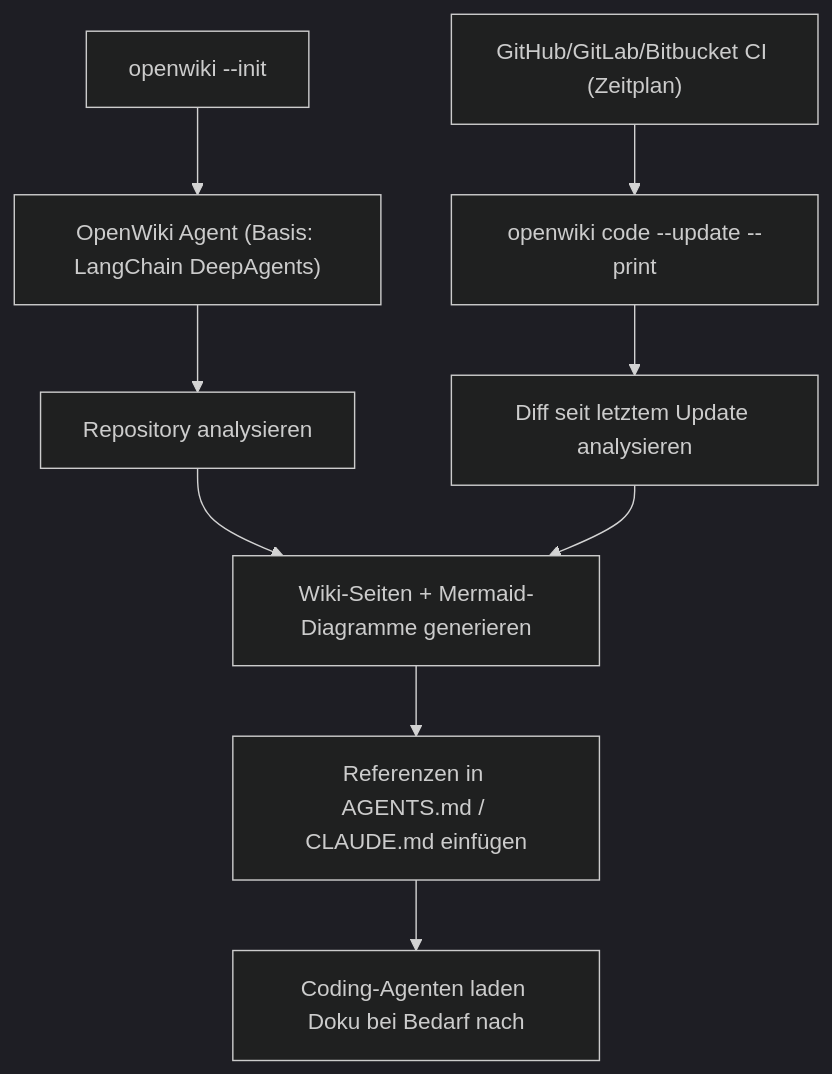
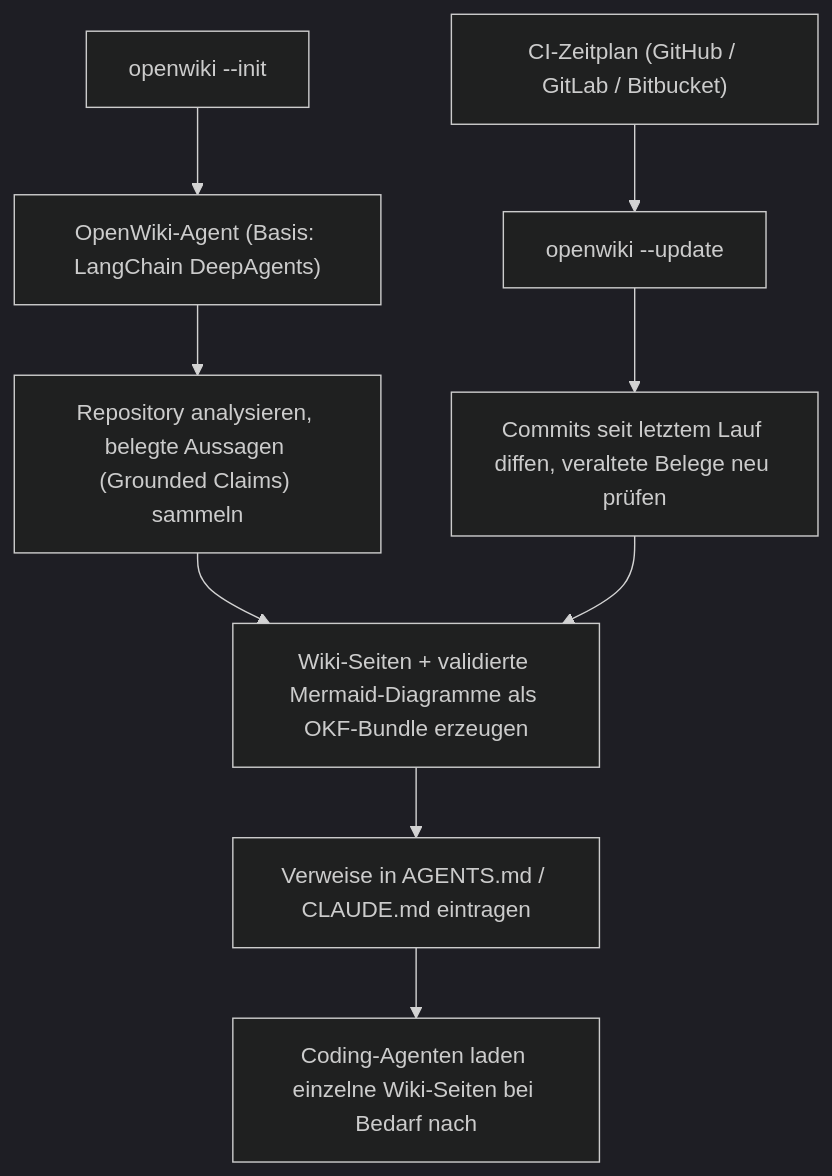
The diagram in docs/wissen/dokumentation/openwiki-repo-dokumentation-agent.md (thorstenkloehn/dokument), drawn with Mermaid (dark theme) before and after one commit. The commit also changed other lines of this file, not shown here.

First line of the commit message:
docs: OpenWiki-Artikel vervollständigen und aktualisieren

````diff
--- a/docs/wissen/dokumentation/openwiki-repo-dokumentation-agent.md
+++ b/docs/wissen/dokumentation/openwiki-repo-dokumentation-agent.md
@@ -14,11 +14,11 @@
 ```mermaid
 graph TD
-    Init["openwiki --init"] --> Agent["OpenWiki Agent (Basis: LangChain DeepAgents)"]
-    Agent --> Scan["Repository analysieren"]
-    Scan --> Wiki["Wiki-Seiten + Mermaid-Diagramme generieren"]
-    Wiki --> Inject["Referenzen in AGENTS.md / CLAUDE.md einfügen"]
-    Inject --> Agents["Coding-Agenten laden Doku bei Bedarf nach"]
-    Schedule["GitHub/GitLab/Bitbucket CI (Zeitplan)"] --> Update["openwiki code --update --print"]
-    Update --> Diff["Diff seit letztem Update analysieren"]
+    Init["openwiki --init"] --> Agent["OpenWiki-Agent (Basis: LangChain DeepAgents)"]
+    Agent --> Scan["Repository analysieren, belegte Aussagen (Grounded Claims) sammeln"]
+    Scan --> Wiki["Wiki-Seiten + validierte Mermaid-Diagramme als OKF-Bundle erzeugen"]
+    Wiki --> Inject["Verweise in AGENTS.md / CLAUDE.md eintragen"]
+    Inject --> Agents["Coding-Agenten laden einzelne Wiki-Seiten bei Bedarf nach"]
+    CI["CI-Zeitplan (GitHub / GitLab / Bitbucket)"] --> Update["openwiki --update"]
+    Update --> Diff["Commits seit letztem Lauf diffen, veraltete Belege neu prüfen"]
     Diff --> Wiki
 ```
````
